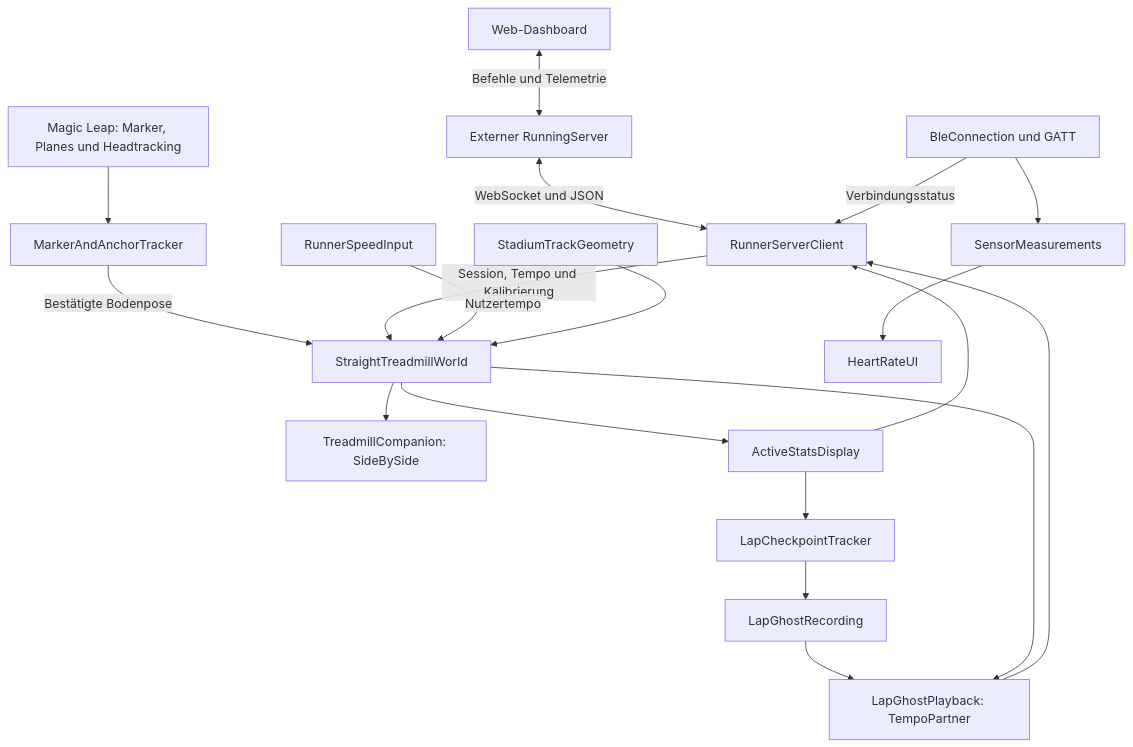
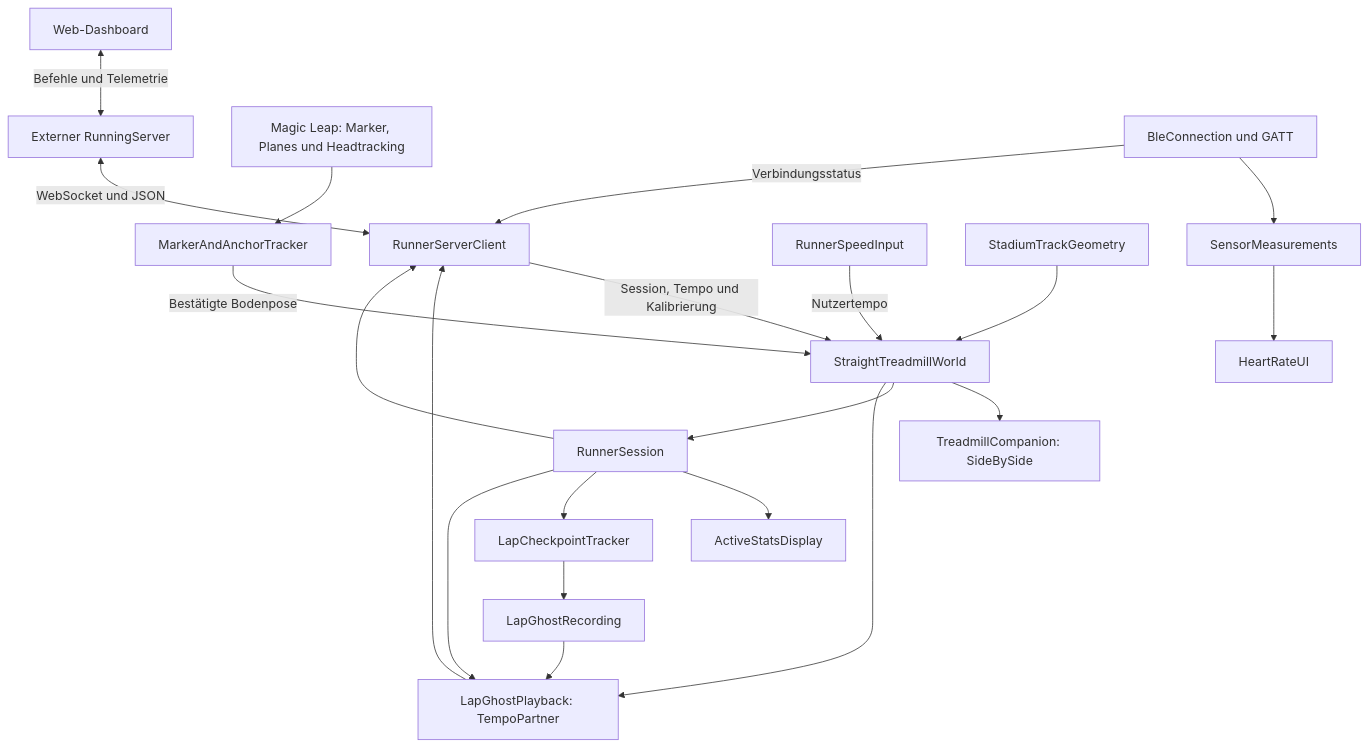
Before and after one commit to kaanguen/mgleap: the diagram in README.md, drawn with Mermaid. The commit also changed other lines of this file and 93 other files, not shown here.

````diff
--- a/README.md
+++ b/README.md
@@ -119,21 +119,23 @@
 ```mermaid
 flowchart TD
     Dashboard[Web-Dashboard] <-->|Befehle und Telemetrie| Server[Externer RunningServer]
     Server <-->|WebSocket und JSON| Client[RunnerServerClient]
     XR[Magic Leap: Marker, Planes und Headtracking] --> Tracker[MarkerAndAnchorTracker]
     Tracker -->|Bestätigte Bodenpose| World[StraightTreadmillWorld]
     Client -->|Session, Tempo und Kalibrierung| World
     Speed[RunnerSpeedInput] -->|Nutzertempo| World
     Geometry[StadiumTrackGeometry] --> World
     World --> Companion[TreadmillCompanion: SideBySide]
-    World --> Stats[ActiveStatsDisplay]
-    Stats --> Checkpoints[LapCheckpointTracker]
+    World --> Session[RunnerSession]
+    Session --> Stats[ActiveStatsDisplay]
+    Session --> Checkpoints[LapCheckpointTracker]
     Checkpoints --> Recording[LapGhostRecording]
     Recording --> Playback[LapGhostPlayback: TempoPartner]
     World --> Playback
-    Stats --> Client
+    Session --> Playback
+    Session --> Client
     Playback --> Client
     BLE[BleConnection und GATT] --> Measurements[SensorMeasurements]
     Measurements --> SensorUI[HeartRateUI]
     BLE -->|Verbindungsstatus| Client
 ```
````
